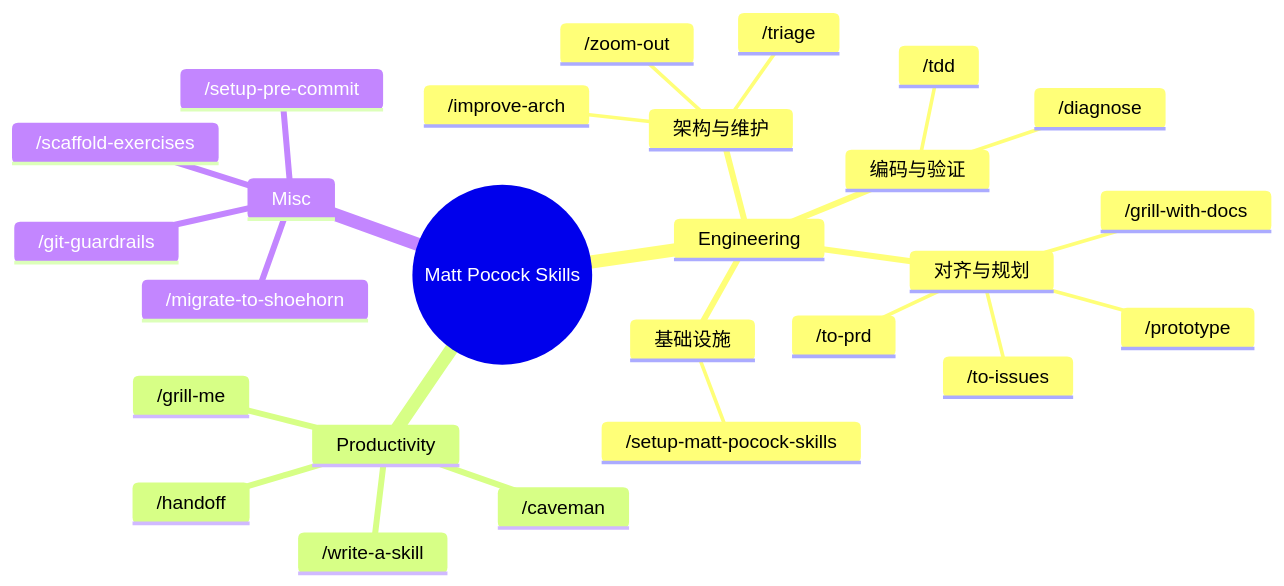
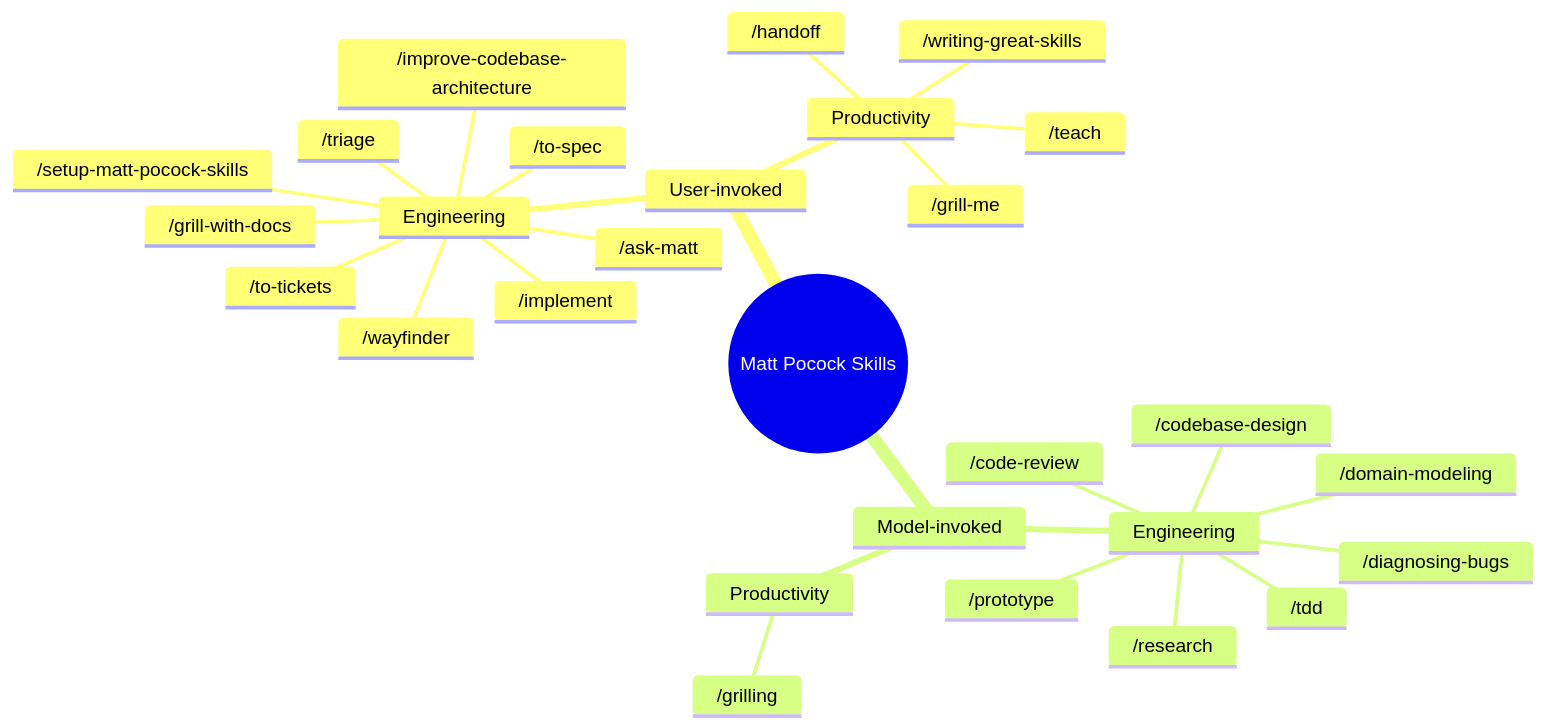
One commit to ALVIN-YANG/ylq-box changed the second of 4 diagrams in src/content/docs/ai-workflow/11-mattpocock-skills-deep-dive.md. Above: the diagram before and after it, drawn with Mermaid. The commit also changed other lines of this file and 1 other file, not shown here.

Commit message:
同步 Matt Pocock Skills 文章并修复首页卡片高度对齐

````diff
--- a/src/content/docs/ai-workflow/11-mattpocock-skills-deep-dive.md
+++ b/src/content/docs/ai-workflow/11-mattpocock-skills-deep-dive.md
@@ -110,29 +117,31 @@
 ```mermaid
 mindmap
   root((Matt Pocock Skills))
-    Engineering
-      对齐与规划
+    User-invoked
+      Engineering
+        /ask-matt
         /grill-with-docs
-        /to-prd
-        /to-issues
+        /to-spec
+        /to-tickets
+        /implement
+        /wayfinder
+        /triage
+        /improve-codebase-architecture
+        /setup-matt-pocock-skills
+      Productivity
+        /grill-me
+        /handoff
+        /teach
+        /writing-great-skills
+    Model-invoked
+      Engineering
         /prototype
-      编码与验证
         /tdd
-        /diagnose
-      架构与维护
-        /improve-arch
-        /zoom-out
-        /triage
-      基础设施
-        /setup-matt-pocock-skills
-    Productivity
-      /grill-me
-      /caveman
-      /handoff
-      /write-a-skill
-    Misc
-      /setup-pre-commit
-      /git-guardrails
-      /migrate-to-shoehorn
-      /scaffold-exercises
+        /diagnosing-bugs
+        /code-review
+        /research
+        /domain-modeling
+        /codebase-design
+      Productivity
+        /grilling
 ```
````
